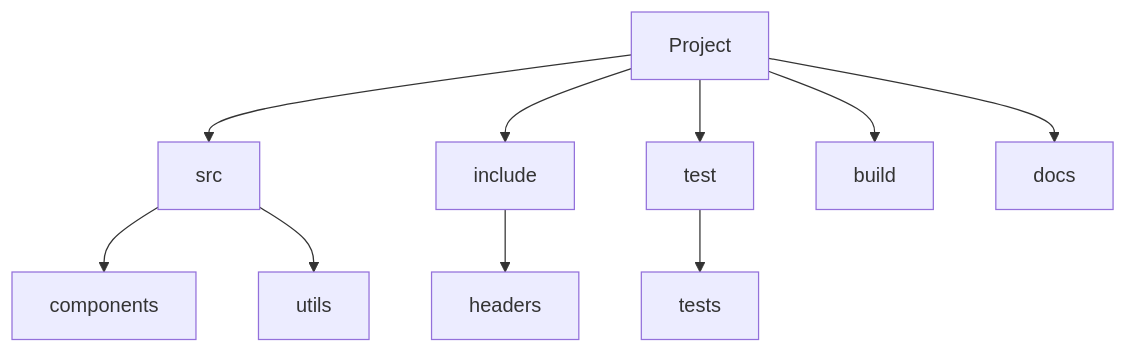
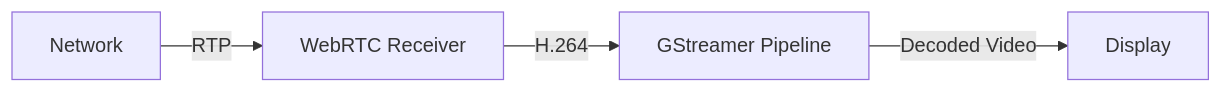
The fourth of 4 diagrams in docker/web/webrtc_video/README.md (Arsen-Robotics/bigfootbot), drawn with Mermaid before and after one commit. The commit also changed other lines of this file, not shown here.

Commit message:
updated docs for webrtc_video

````diff
--- a/docker/web/webrtc_video/README.md
+++ b/docker/web/webrtc_video/README.md
@@ -228,12 +63,6 @@
 ```mermaid
-graph TD
-    A[Project] --> B[src]
-    A --> C[include]
-    A --> D[test]
-    A --> E[build]
-    A --> F[docs]
-    B --> G[components]
-    B --> H[utils]
-    C --> I[headers]
-    D --> J[tests]
+graph LR
+    A[Network] -->|RTP| B[WebRTC Receiver]
+    B -->|H.264| C[GStreamer Pipeline]
+    C -->|Decoded Video| D[Display]
 ```
````
